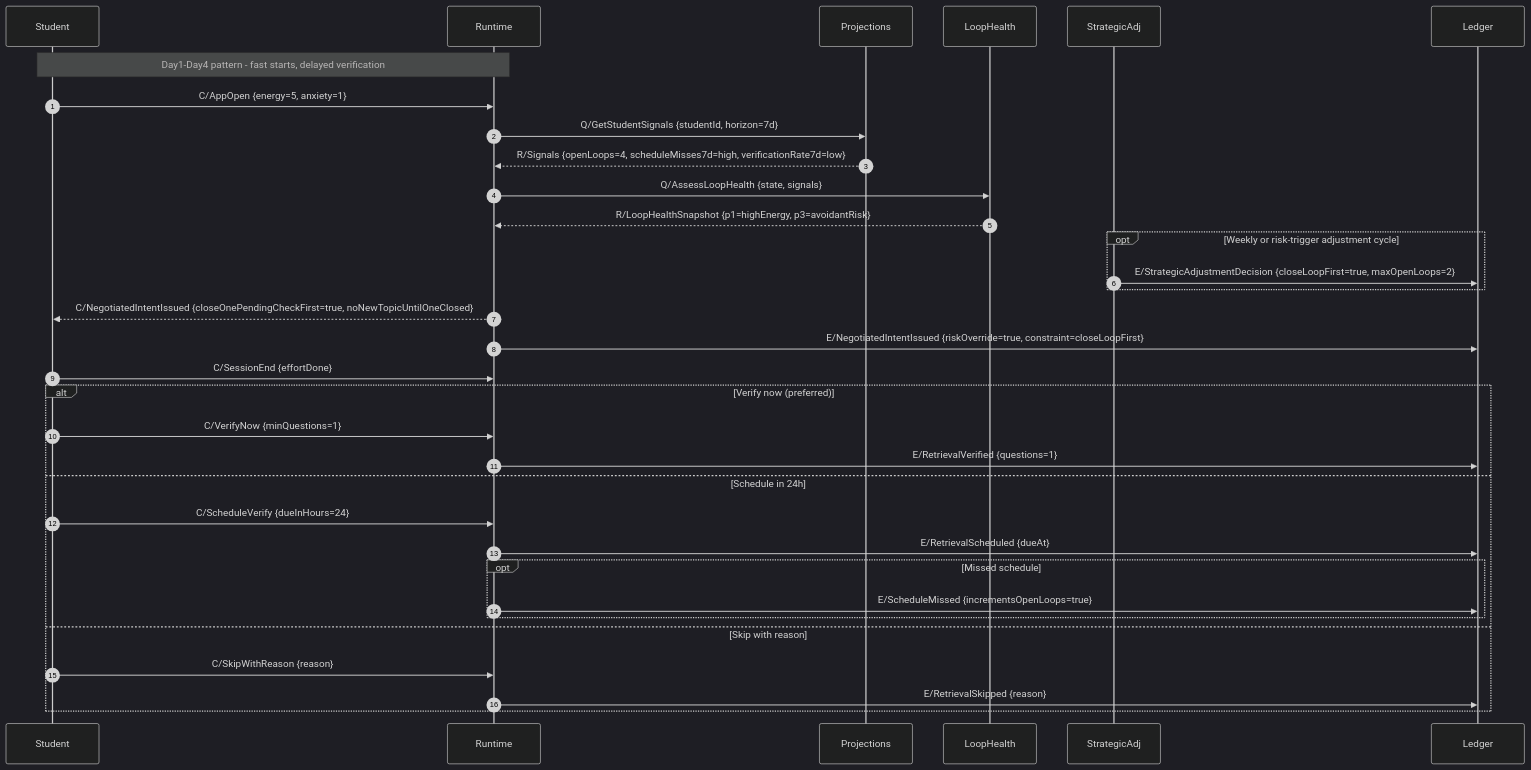
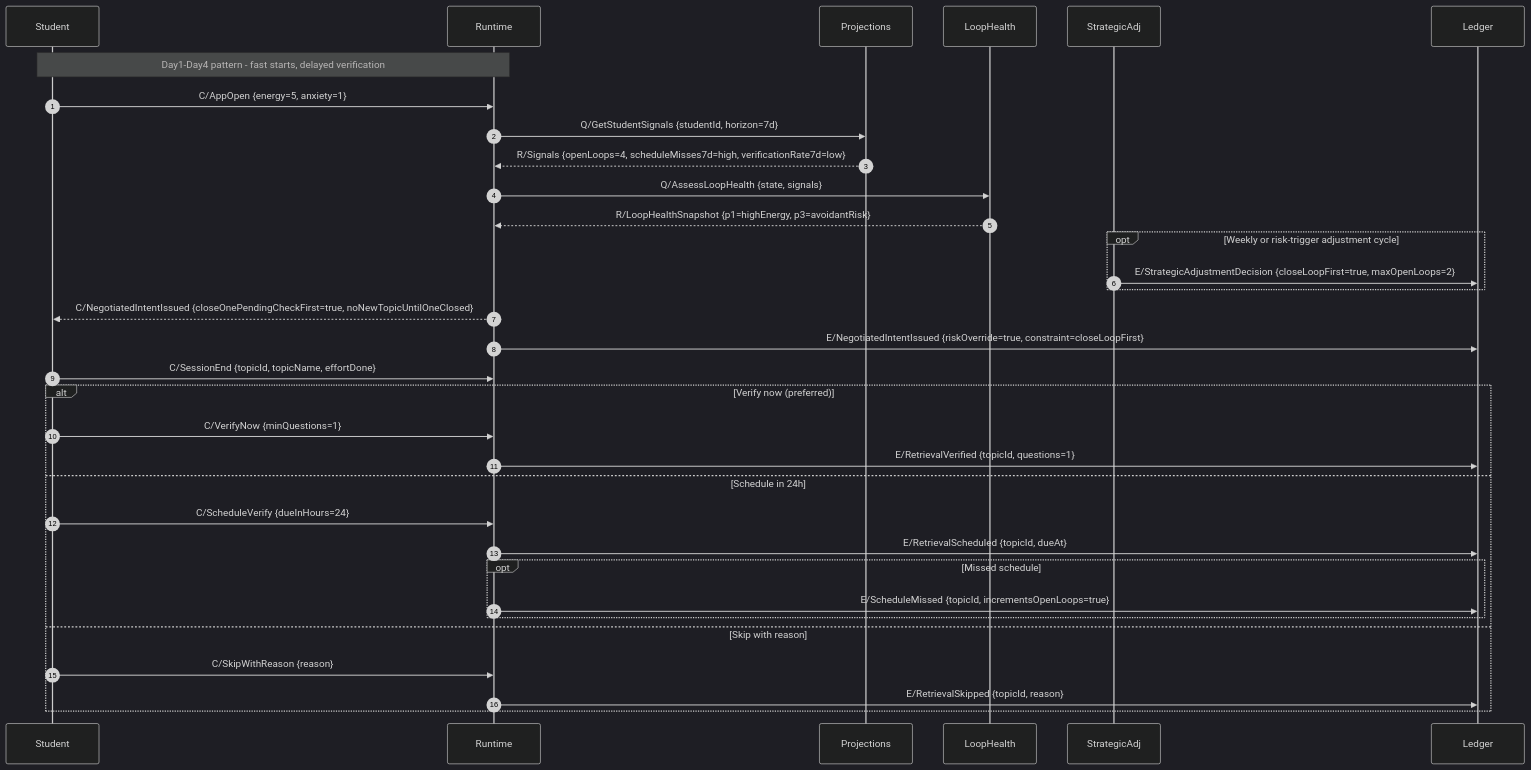
The fourth of 4 diagrams in docs/engineering-ddd-design/05-domain-message-flows-storyboards.md (Mukul1312/ELI), drawn with Mermaid (dark theme) before and after one commit. The commit also changed other lines of this file and 38 other files, not shown here.

````diff
--- a/docs/engineering-ddd-design/05-domain-message-flows-storyboards.md
+++ b/docs/engineering-ddd-design/05-domain-message-flows-storyboards.md
@@ -125,39 +179,39 @@
 ```mermaid
 sequenceDiagram
     autonumber
     participant Student
     participant Runtime
     participant Projections
     participant LoopHealth
     participant StrategicAdj
     participant Ledger
 
     Note over Student,Runtime: Day1-Day4 pattern - fast starts, delayed verification
     Student->>Runtime: C/AppOpen {energy=5, anxiety=1}
     Runtime->>Projections: Q/GetStudentSignals {studentId, horizon=7d}
     Projections-->>Runtime: R/Signals {openLoops=4, scheduleMisses7d=high, verificationRate7d=low}
     Runtime->>LoopHealth: Q/AssessLoopHealth {state, signals}
     LoopHealth-->>Runtime: R/LoopHealthSnapshot {p1=highEnergy, p3=avoidantRisk}
 
     opt Weekly or risk-trigger adjustment cycle
         StrategicAdj->>Ledger: E/StrategicAdjustmentDecision {closeLoopFirst=true, maxOpenLoops=2}
     end
 
     Runtime-->>Student: C/NegotiatedIntentIssued {closeOnePendingCheckFirst=true, noNewTopicUntilOneClosed}
     Runtime->>Ledger: E/NegotiatedIntentIssued {riskOverride=true, constraint=closeLoopFirst}
 
-    Student->>Runtime: C/SessionEnd {effortDone}
+    Student->>Runtime: C/SessionEnd {topicId, topicName, effortDone}
     alt Verify now (preferred)
         Student->>Runtime: C/VerifyNow {minQuestions=1}
-        Runtime->>Ledger: E/RetrievalVerified {questions=1}
+        Runtime->>Ledger: E/RetrievalVerified {topicId, questions=1}
     else Schedule in 24h
         Student->>Runtime: C/ScheduleVerify {dueInHours=24}
-        Runtime->>Ledger: E/RetrievalScheduled {dueAt}
+        Runtime->>Ledger: E/RetrievalScheduled {topicId, dueAt}
         opt Missed schedule
-            Runtime->>Ledger: E/ScheduleMissed {incrementsOpenLoops=true}
+            Runtime->>Ledger: E/ScheduleMissed {topicId, incrementsOpenLoops=true}
         end
     else Skip with reason
         Student->>Runtime: C/SkipWithReason {reason}
-        Runtime->>Ledger: E/RetrievalSkipped {reason}
+        Runtime->>Ledger: E/RetrievalSkipped {topicId, reason}
     end
 ```
````
